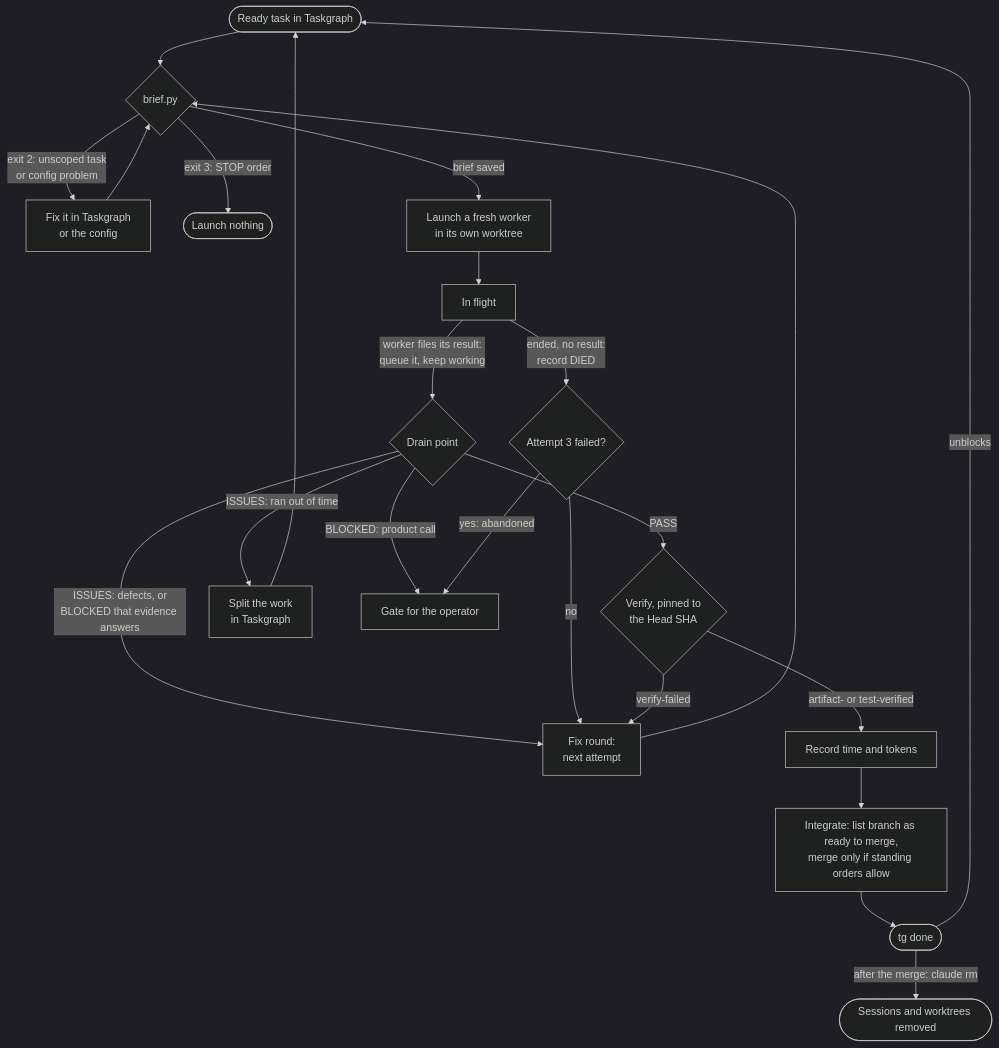
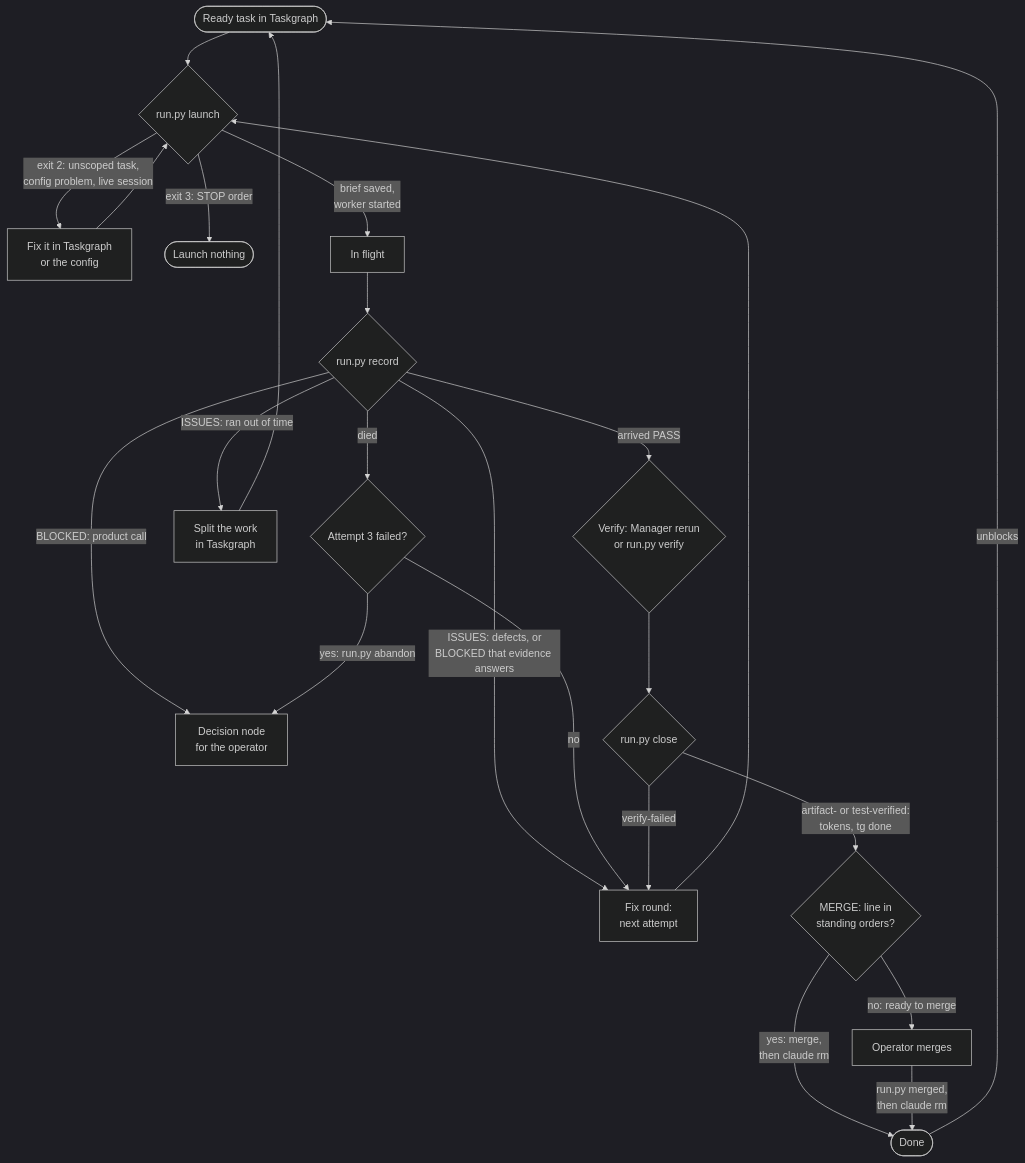
Before and after one commit to ronicayu/ronica-skills: the diagram in plugins/agentic-team/assets/diagrams/lifecycle.mmd, drawn with Mermaid (dark theme). The commit also changed 35 other files, not shown here.

```diff
--- a/plugins/agentic-team/assets/diagrams/lifecycle.mmd
+++ b/plugins/agentic-team/assets/diagrams/lifecycle.mmd
@@ -1,23 +1,23 @@
 flowchart TD
-  READY([Ready task in Taskgraph]) --> RENDER{brief.py}
-  RENDER -->|"exit 2: unscoped task<br/>or config problem"| FIX[Fix it in Taskgraph<br/>or the config]
-  FIX --> RENDER
-  RENDER -->|"exit 3: STOP order"| HALT([Launch nothing])
-  RENDER -->|"brief saved"| LAUNCH[Launch a fresh worker<br/>in its own worktree]
-  LAUNCH --> FLIGHT[In flight]
-  FLIGHT -->|"worker files its result:<br/>queue it, keep working"| DRAIN{Drain point}
-  FLIGHT -->|"ended, no result:<br/>record DIED"| RETRY{Attempt 3 failed?}
-  DRAIN -->|"PASS"| VERIFY{Verify, pinned to<br/>the Head SHA}
-  DRAIN -->|"ISSUES: defects, or<br/>BLOCKED that evidence answers"| AGAIN[Fix round:<br/>next attempt]
-  DRAIN -->|"ISSUES: ran out of time"| SPLIT[Split the work<br/>in Taskgraph]
-  DRAIN -->|"BLOCKED: product call"| GATE[Gate for the operator]
+  READY([Ready task in Taskgraph]) --> LAUNCH{run.py launch}
+  LAUNCH -->|"exit 2: unscoped task,<br/>config problem, live session"| FIX[Fix it in Taskgraph<br/>or the config]
+  FIX --> LAUNCH
+  LAUNCH -->|"exit 3: STOP order"| HALT([Launch nothing])
+  LAUNCH -->|"brief saved,<br/>worker started"| FLIGHT[In flight]
+  FLIGHT --> RECORD{run.py record}
+  RECORD -->|"arrived PASS"| VERIFY{Verify: Manager rerun<br/>or run.py verify}
+  RECORD -->|"ISSUES: defects, or<br/>BLOCKED that evidence answers"| AGAIN[Fix round:<br/>next attempt]
+  RECORD -->|"ISSUES: ran out of time"| SPLIT[Split the work<br/>in Taskgraph]
+  RECORD -->|"BLOCKED: product call"| DECIDE[Decision node<br/>for the operator]
+  RECORD -->|"died"| RETRY{Attempt 3 failed?}
   RETRY -->|"no"| AGAIN
-  RETRY -->|"yes: abandoned"| GATE
-  VERIFY -->|"verify-failed"| AGAIN
-  VERIFY -->|"artifact- or test-verified"| TOKENS[Record time and tokens]
-  TOKENS --> MERGE[Integrate: list branch as ready to merge,<br/>merge only if standing orders allow]
-  MERGE --> DONE([tg done])
-  AGAIN --> RENDER
+  RETRY -->|"yes: run.py abandon"| DECIDE
+  VERIFY --> CLOSE{run.py close}
+  CLOSE -->|"verify-failed"| AGAIN
+  CLOSE -->|"artifact- or test-verified:<br/>tokens, tg done"| MERGE{MERGE: line in<br/>standing orders?}
+  MERGE -->|"yes: merge,<br/>then claude rm"| DONE([Done])
+  MERGE -->|"no: ready to merge"| OPMERGE[Operator merges]
+  OPMERGE -->|"run.py merged,<br/>then claude rm"| DONE
+  AGAIN --> LAUNCH
   SPLIT --> READY
-  DONE -->|"after the merge: claude rm"| CLEAN([Sessions and worktrees removed])
   DONE -->|"unblocks"| READY
```
